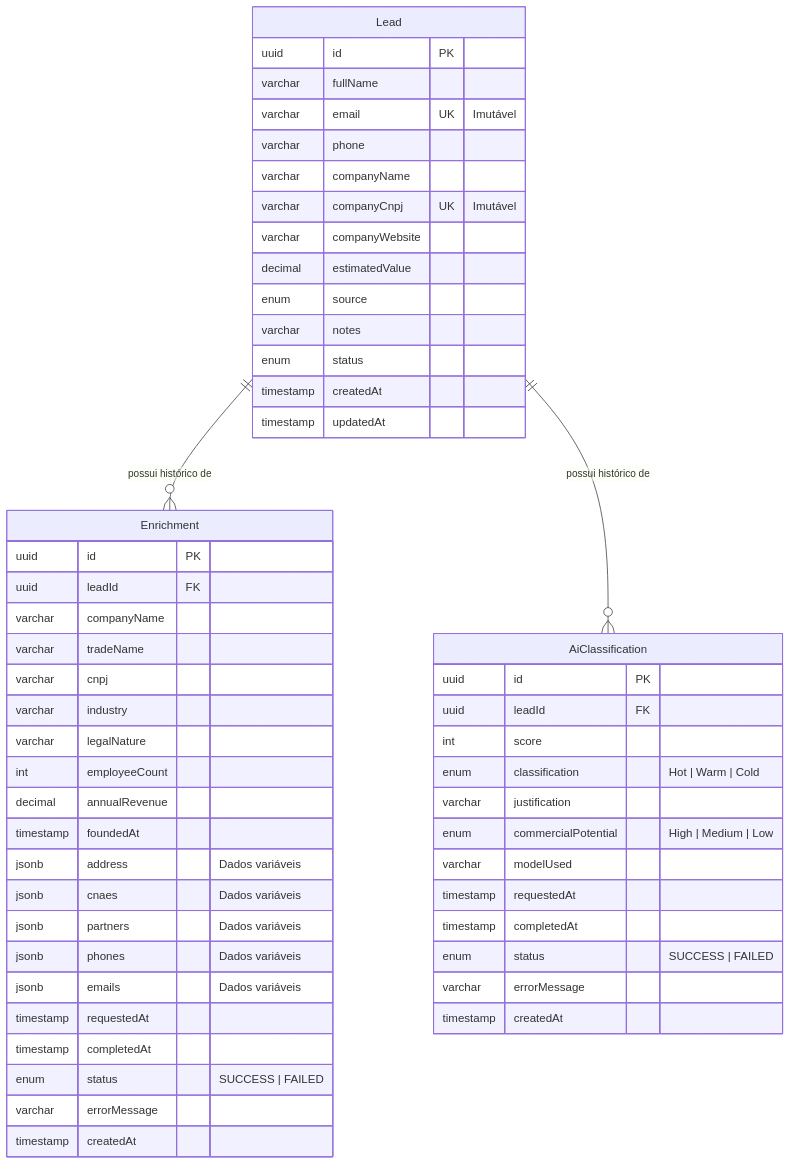
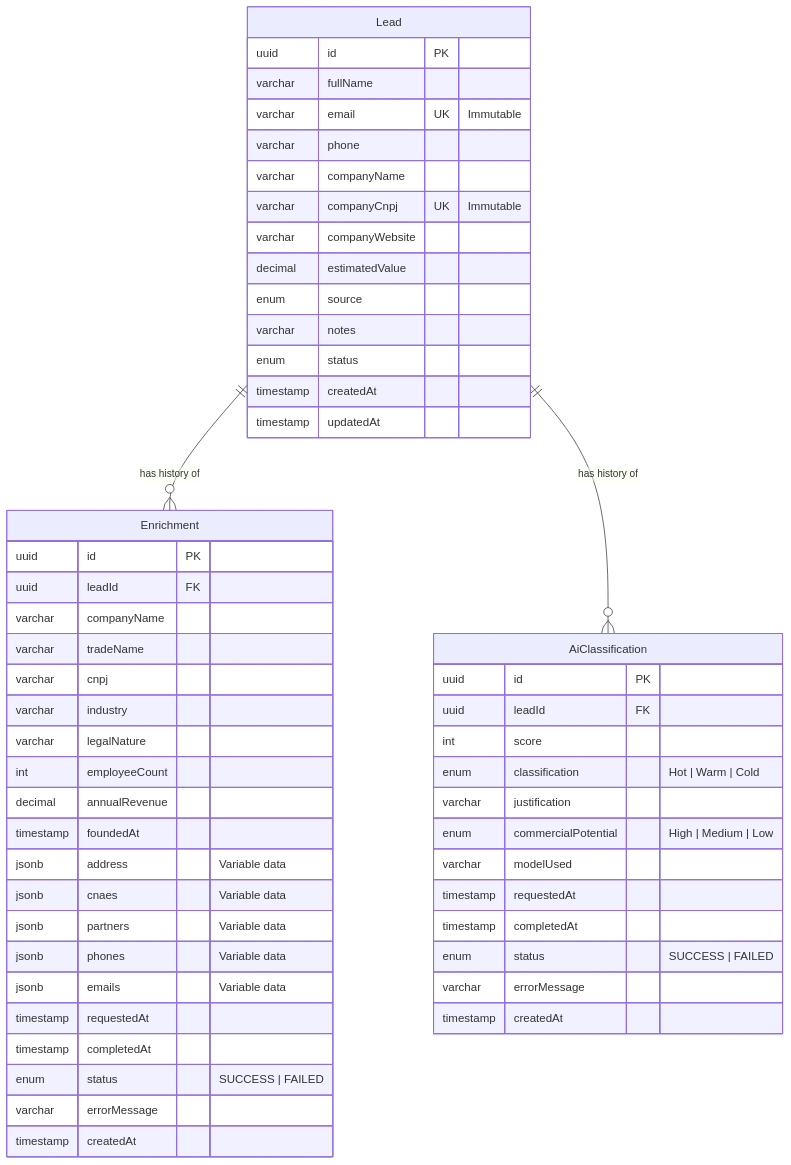
Before and after one commit to luluopa/semantic-lead-intelligence-engine: the second of 2 diagrams in README.md, drawn with Mermaid. The commit also changed other lines of this file and 1 other file, not shown here.

Commit message:
docs: update README to improve clarity and consistency in project description, technologies, and architecture details

````diff
--- a/README.md
+++ b/README.md
@@ -84,59 +86,59 @@
 ```mermaid
 erDiagram
     Lead {
         uuid id PK
         varchar fullName
-        varchar email UK "Imutável"
+        varchar email UK "Immutable"
         varchar phone
         varchar companyName
-        varchar companyCnpj UK "Imutável"
+        varchar companyCnpj UK "Immutable"
         varchar companyWebsite
         decimal estimatedValue
         enum source
         varchar notes
         enum status
         timestamp createdAt
         timestamp updatedAt
     }
 
     Enrichment {
         uuid id PK
         uuid leadId FK
         varchar companyName
         varchar tradeName
         varchar cnpj
         varchar industry
         varchar legalNature
         int employeeCount
         decimal annualRevenue
         timestamp foundedAt
-        jsonb address "Dados variáveis"
-        jsonb cnaes "Dados variáveis"
-        jsonb partners "Dados variáveis"
-        jsonb phones "Dados variáveis"
-        jsonb emails "Dados variáveis"
+        jsonb address "Variable data"
+        jsonb cnaes "Variable data"
+        jsonb partners "Variable data"
+        jsonb phones "Variable data"
+        jsonb emails "Variable data"
         timestamp requestedAt
         timestamp completedAt
         enum status "SUCCESS | FAILED"
         varchar errorMessage
         timestamp createdAt
     }
 
     AiClassification {
         uuid id PK
         uuid leadId FK
         int score
         enum classification "Hot | Warm | Cold"
         varchar justification
         enum commercialPotential "High | Medium | Low"
         varchar modelUsed
         timestamp requestedAt
         timestamp completedAt
         enum status "SUCCESS | FAILED"
         varchar errorMessage
         timestamp createdAt
     }
 
-    Lead ||--o{ Enrichment : "possui histórico de"
-    Lead ||--o{ AiClassification : "possui histórico de"
+    Lead ||--o{ Enrichment : "has history of"
+    Lead ||--o{ AiClassification : "has history of"
 ```
````
